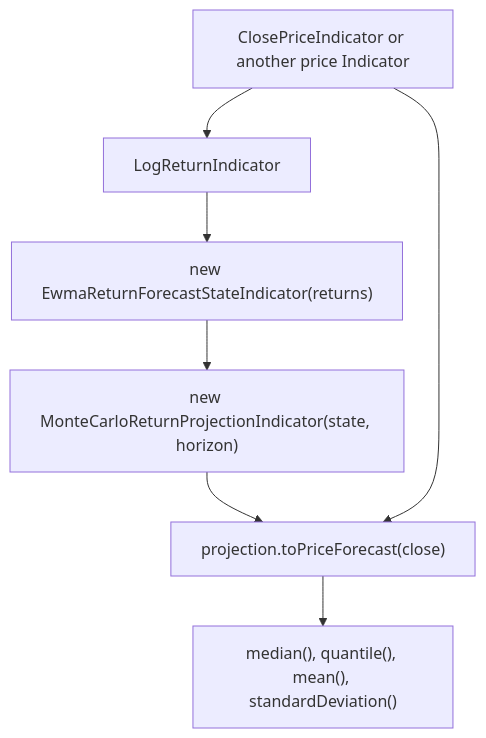
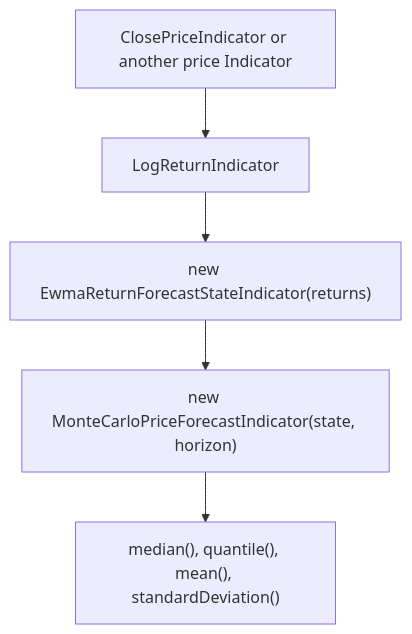
Before and after one commit to ta4j/ta4j-wiki: the diagram in Forecast-Indicators.md, drawn with Mermaid. The commit also changed other lines of this file and 2 other files, not shown here.

Commit message:
CF-289 simplify forecast guide setup

````diff
--- a/Forecast-Indicators.md
+++ b/Forecast-Indicators.md
@@ -98,9 +94,7 @@
 ```mermaid
 graph TD
     CP["ClosePriceIndicator or another price Indicator<Num>"] --> LR["LogReturnIndicator"]
     LR --> STATE["new EwmaReturnForecastStateIndicator(returns)"]
-    STATE --> MC["new MonteCarloReturnProjectionIndicator(state, horizon)"]
-    MC --> PRICE["projection.toPriceForecast(close)"]
-    CP --> PRICE
+    STATE --> PRICE["new MonteCarloPriceForecastIndicator(state, horizon)"]
     PRICE --> PROJECT["median(), quantile(), mean(), standardDeviation()"]
 ```
````
